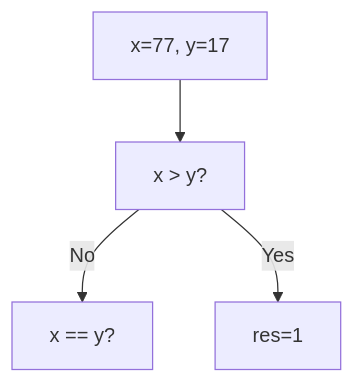
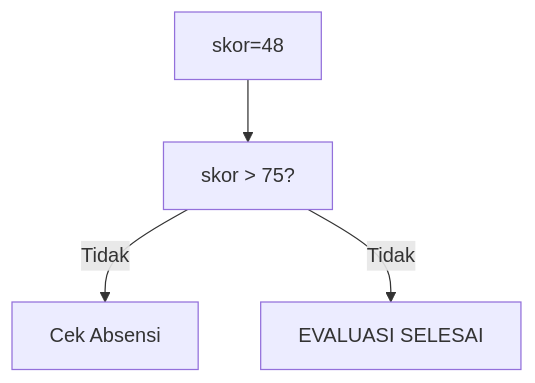
Before and after one commit to amnahwaida/OSNK_INF_PREP: diagram 14 of 25 in part-c-pemahaman-cpp/02-percabangan/latihan/set-06.md, drawn with Mermaid. The commit also changed other lines of this file and 71 other files, not shown here.

````diff
--- a/part-c-pemahaman-cpp/02-percabangan/latihan/set-06.md
+++ b/part-c-pemahaman-cpp/02-percabangan/latihan/set-06.md
@@ -387,6 +406,6 @@
 ```mermaid
 graph TD
-A["x=77, y=17"] --> B["x > y?"]
-B -- No --> C["x == y?"]
-B -- Yes --> D[res=1]
+A["skor=48"] --> B["skor > 75?"]
+B -- Tidak --> C["Cek Absensi"]
+B -- Tidak --> D["EVALUASI SELESAI"]
 ```
````
